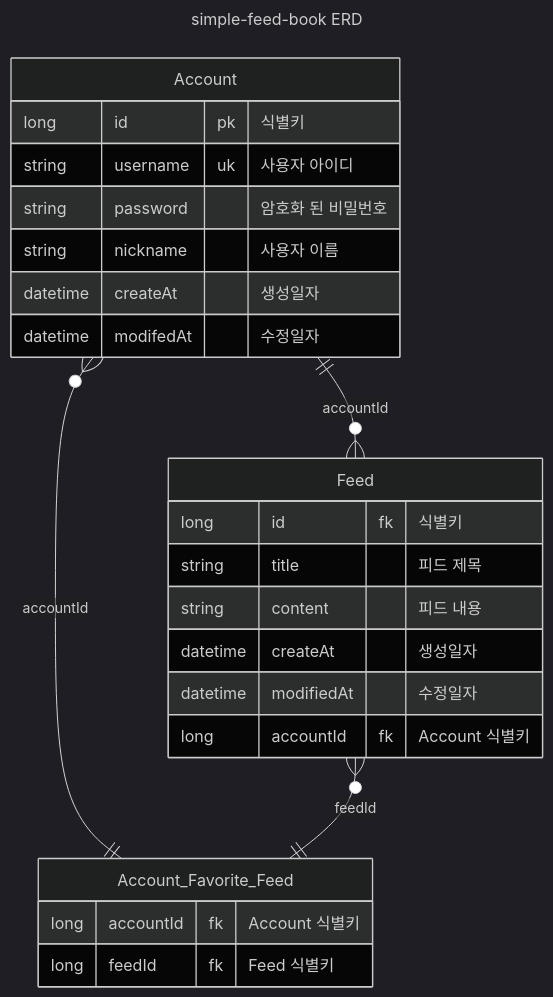
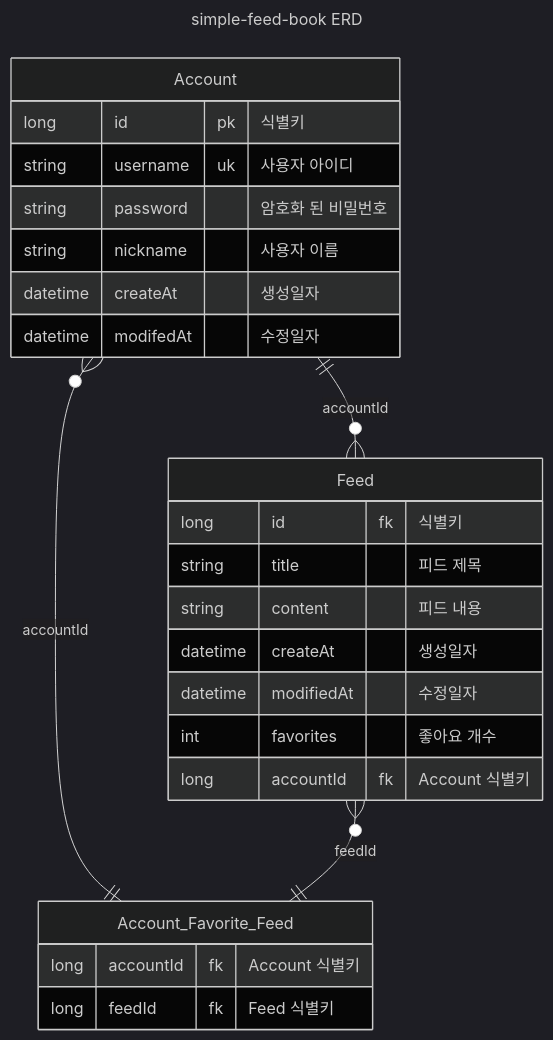
The tenth of 10 diagrams in README.md (GuardJo/simple-feed-book), drawn with Mermaid (dark theme) before and after one commit. The commit also changed 4 other files, not shown here.

````diff
--- a/README.md
+++ b/README.md
@@ -213,30 +213,31 @@
 ```mermaid
 ---
 title : simple-feed-book ERD
 ---
 erDiagram
   Account {
 long id pk "식별키"
 string username uk "사용자 아이디"
 string password "암호화 된 비밀번호"
 string nickname "사용자 이름"
 datetime createAt "생성일자"
 datetime modifedAt "수정일자"
 }
 Feed {
 long id fk "식별키"
 string title "피드 제목"
 string content "피드 내용"
 datetime createAt "생성일자"
 datetime modifiedAt "수정일자"
+int favorites "좋아요 개수"
 long accountId fk "Account 식별키"
 }
 Account_Favorite_Feed {
 long accountId fk "Account 식별키"
 long feedId fk "Feed 식별키"
 }
 
 Account ||--o{ Feed : accountId
 Account o{--|| Account_Favorite_Feed : accountId
 Feed o{--|| Account_Favorite_Feed : feedId
 ```
````
